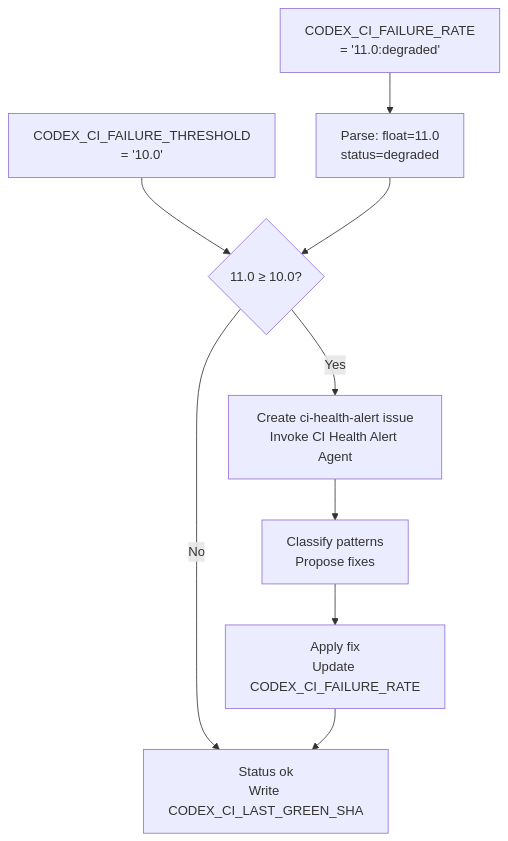
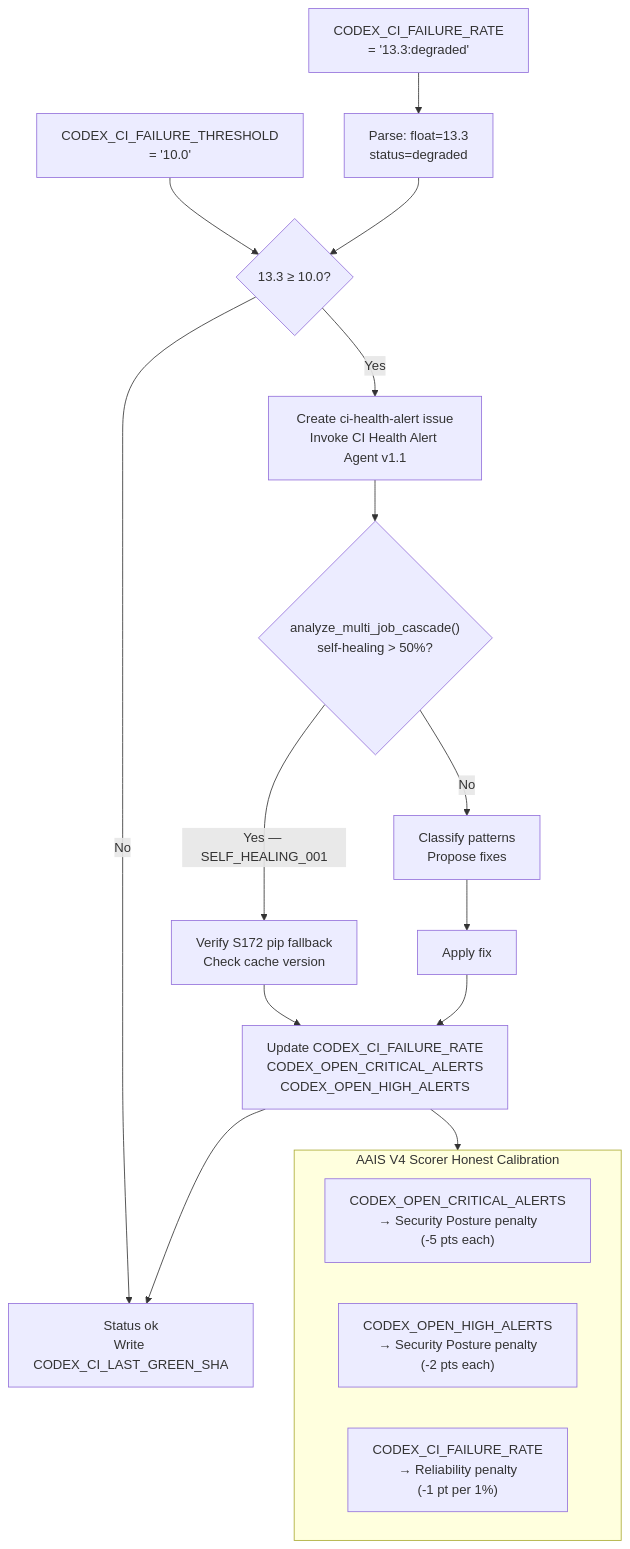
Before and after one commit to Aries-Serpent/_codex_: the second of 2 diagrams in .github/agents/ci-health-alert-agent.md, drawn with Mermaid. The commit also changed other lines of this file and 10 other files, not shown here.

First line of the commit message:
fix: address code review — venv recreation fallback, URL decode in path validation, AAIS logging, enhanced security docstrings

````diff
--- a/.github/agents/ci-health-alert-agent.md
+++ b/.github/agents/ci-health-alert-agent.md
@@ -109,11 +165,22 @@
 ```mermaid
 flowchart TD
-    RATE["CODEX_CI_FAILURE_RATE\n= '11.0:degraded'"] --> PARSE["Parse: float=11.0\nstatus=degraded"]
-    THRESHOLD["CODEX_CI_FAILURE_THRESHOLD\n= '10.0'"] --> CMP{"11.0 ≥ 10.0?"}
+    RATE["CODEX_CI_FAILURE_RATE\n= '13.3:degraded'"] --> PARSE["Parse: float=13.3\nstatus=degraded"]
+    THRESHOLD["CODEX_CI_FAILURE_THRESHOLD\n= '10.0'"] --> CMP{"13.3 ≥ 10.0?"}
     PARSE --> CMP
-    CMP -->|Yes| ALERT["Create ci-health-alert issue\nInvoke CI Health Alert Agent"]
+    CMP -->|Yes| ALERT["Create ci-health-alert issue\nInvoke CI Health Alert Agent v1.1"]
     CMP -->|No| CLEAR["Status ok\nWrite CODEX_CI_LAST_GREEN_SHA"]
-    ALERT --> TRIAGE["Classify patterns\nPropose fixes"]
-    TRIAGE --> FIX["Apply fix\nUpdate CODEX_CI_FAILURE_RATE"]
-    FIX --> CLEAR
+    ALERT --> CASCADE_CHECK{"analyze_multi_job_cascade()\nself-healing > 50%?"}
+    CASCADE_CHECK -->|Yes — SELF_HEALING_001| PIP_FIX["Verify S172 pip fallback\nCheck cache version"]
+    CASCADE_CHECK -->|No| TRIAGE["Classify patterns\nPropose fixes"]
+    PIP_FIX --> UPDATE_VARS
+    TRIAGE --> FIX["Apply fix"]
+    FIX --> UPDATE_VARS["Update CODEX_CI_FAILURE_RATE\nCODEX_OPEN_CRITICAL_ALERTS\nCODEX_OPEN_HIGH_ALERTS"]
+    UPDATE_VARS --> CLEAR
+
+    subgraph AAIS["AAIS V4 Scorer Honest Calibration"]
+        CRIT["CODEX_OPEN_CRITICAL_ALERTS\n→ Security Posture penalty\n(-5 pts each)"]
+        HIGH["CODEX_OPEN_HIGH_ALERTS\n→ Security Posture penalty\n(-2 pts each)"]
+        FAIL["CODEX_CI_FAILURE_RATE\n→ Reliability penalty\n(-1 pt per 1%)"]
+    end
+    UPDATE_VARS --> AAIS
 ```
````
